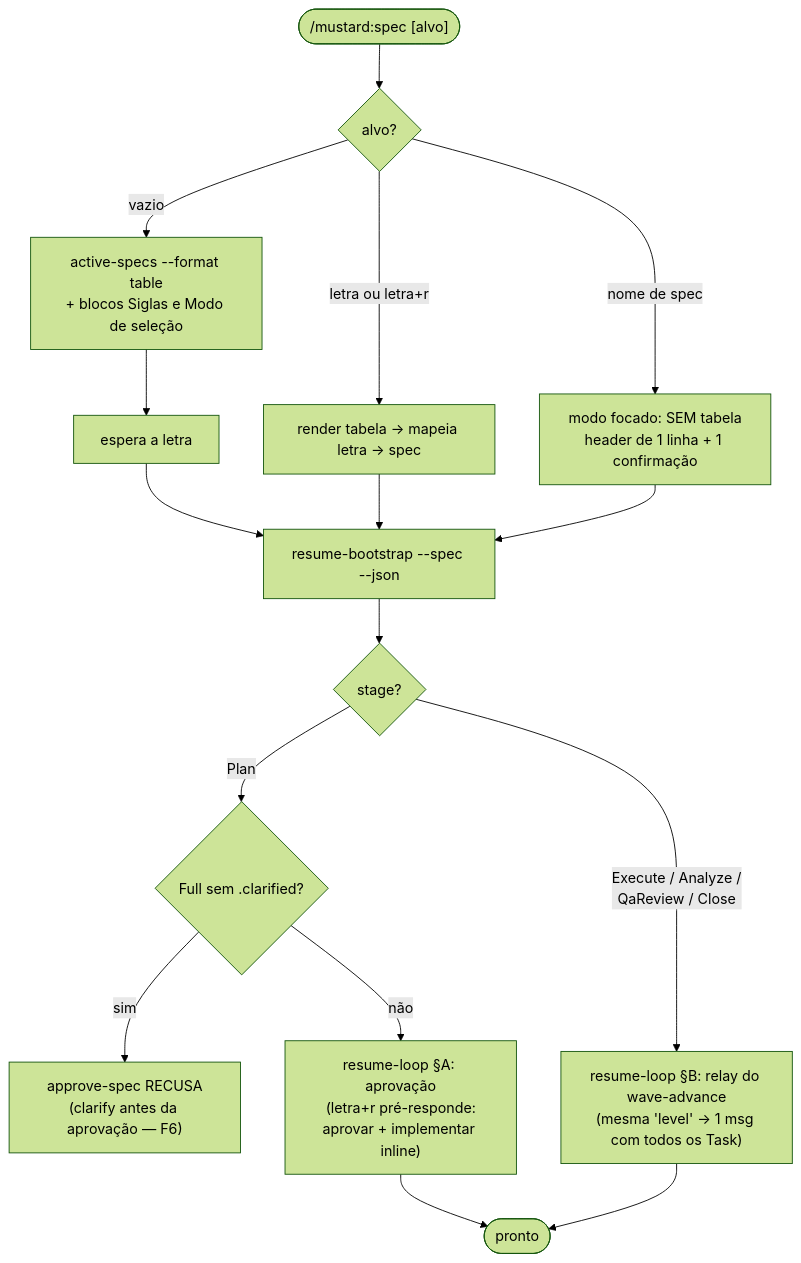
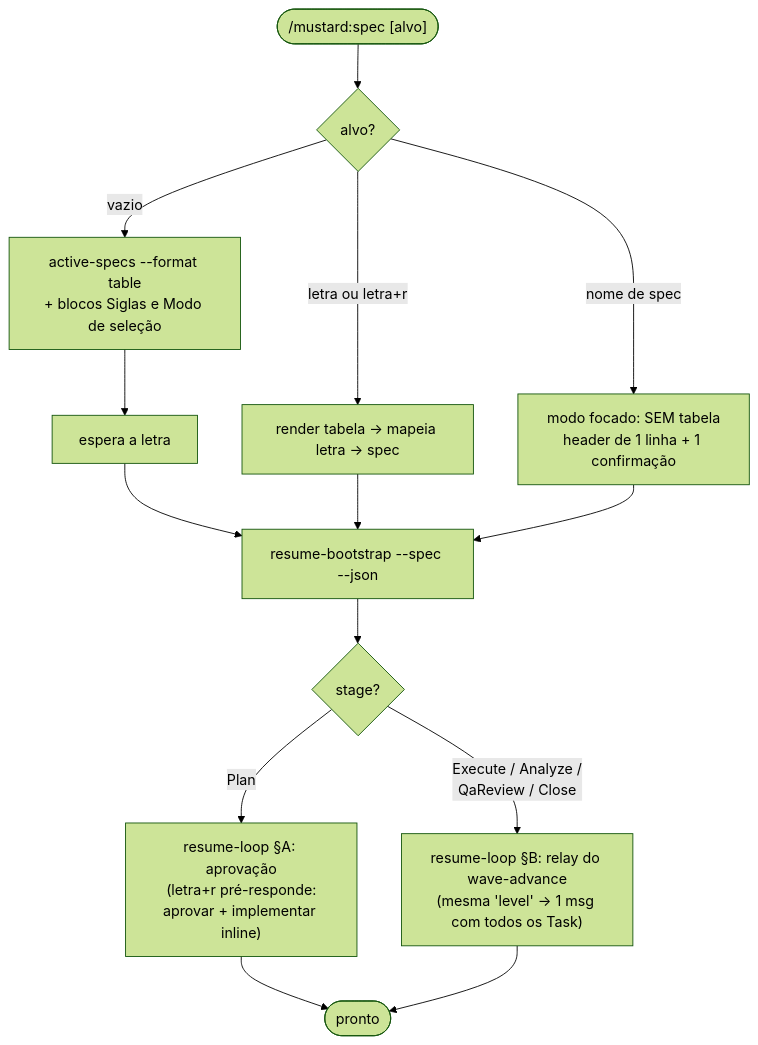
The seventh of 11 diagrams in MUSTARD-COMMANDS.md (rubensrpj/mustard), drawn with Mermaid (forest theme) before and after one commit. The commit also changed 7 other files, not shown here.

````diff
--- a/MUSTARD-COMMANDS.md
+++ b/MUSTARD-COMMANDS.md
@@ -248,19 +248,17 @@
 ```mermaid
 flowchart TD
     start(["/mustard:spec [alvo]"]) --> parse{"alvo?"}
     parse -->|vazio| table["active-specs --format table<br/>+ blocos Siglas e Modo de seleção"]
     parse -->|"letra ou letra+r"| table2["render tabela → mapeia letra → spec"]
     parse -->|"nome de spec"| focused["modo focado: SEM tabela<br/>header de 1 linha + 1 confirmação"]
     table --> wait["espera a letra"]
     wait --> boot
     table2 --> boot
     focused --> boot["resume-bootstrap --spec --json"]
 
     boot --> stage{"stage?"}
-    stage -->|Plan| clar{"Full sem .clarified?"}
-    clar -->|sim| refuse["approve-spec RECUSA<br/>(clarify antes da aprovação — F6)"]
-    clar -->|não| approve["resume-loop §A: aprovação<br/>(letra+r pré-responde:<br/>aprovar + implementar inline)"]
+    stage -->|Plan| approve["resume-loop §A: aprovação<br/>(letra+r pré-responde:<br/>aprovar + implementar inline)"]
     stage -->|"Execute / Analyze /<br/>QaReview / Close"| loop["resume-loop §B: relay do wave-advance<br/>(mesma 'level' → 1 msg com todos os Task)"]
     approve --> done(["pronto"])
     loop --> done
 ```
````
